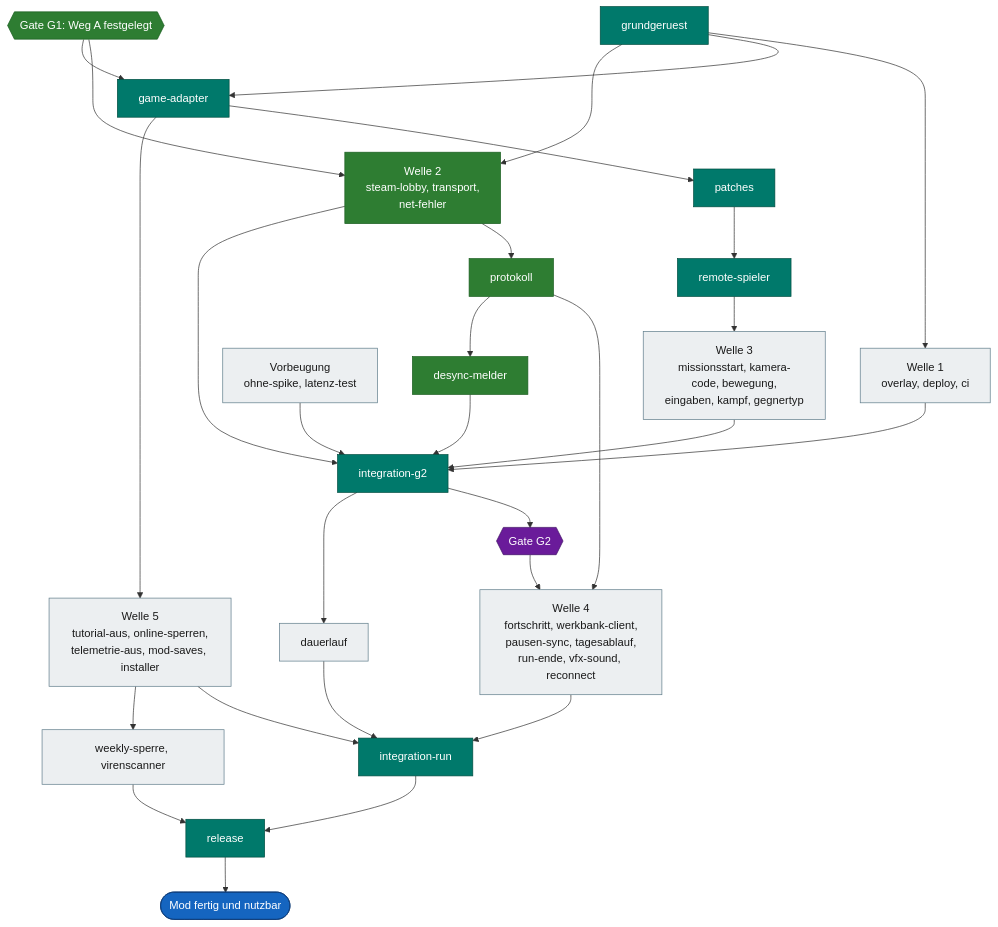
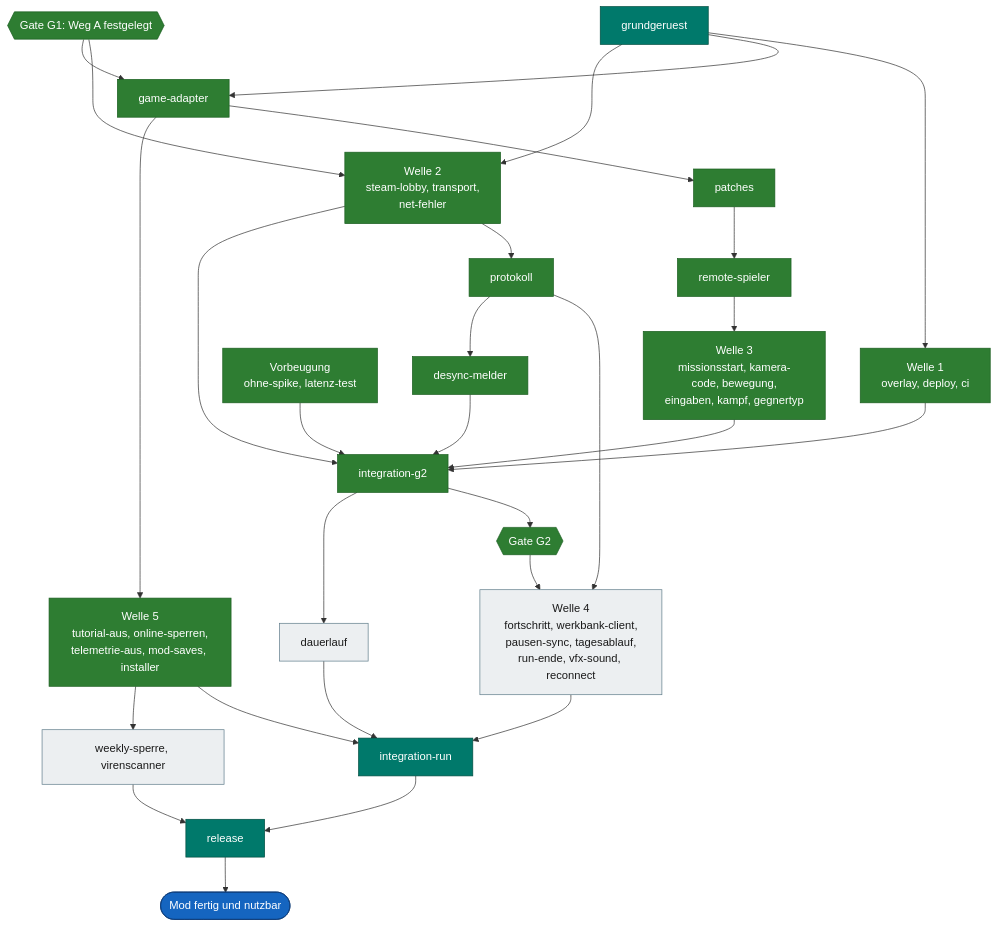
One commit to VitaminStack/Deadly-Days-Roadtrip-Multiplayer-Mod changed the fourth of 4 diagrams in docs/ROADMAP.md. Above: the diagram before and after it, drawn with Mermaid. The commit also changed other lines of this file and 2 other files, not shown here.

First line of the commit message:
doku-projektstatus: README und Roadmap nach Gate G2 aktualisiert (#181)

````diff
--- a/docs/ROADMAP.md
+++ b/docs/ROADMAP.md
@@ -327,32 +327,32 @@
 ```mermaid
 flowchart TD
-    GR["grundgeruest"]:::central --> W1["Welle 1<br/>overlay, deploy, ci"]:::open
-    GR --> GA["game-adapter"]:::central
+    GR["grundgeruest"]:::central --> W1["Welle 1<br/>overlay, deploy, ci"]:::done
+    GR --> GA["game-adapter"]:::done
     G1{{"Gate G1: Weg A festgelegt"}}:::done --> W2["Welle 2<br/>steam-lobby, transport,<br/>net-fehler"]:::done
     GR --> W2
     G1 --> GA
-    GA --> PT["patches"]:::central --> RS["remote-spieler"]:::central
-    GA --> W5["Welle 5<br/>tutorial-aus, online-sperren,<br/>telemetrie-aus, mod-saves, installer"]:::open
-    RS --> W3["Welle 3<br/>missionsstart, kamera-code, bewegung,<br/>eingaben, kampf, gegnertyp"]:::open
-    W1 --> IG["integration-g2"]:::central
+    GA --> PT["patches"]:::done --> RS["remote-spieler"]:::done
+    GA --> W5["Welle 5<br/>tutorial-aus, online-sperren,<br/>telemetrie-aus, mod-saves, installer"]:::done
+    RS --> W3["Welle 3<br/>missionsstart, kamera-code, bewegung,<br/>eingaben, kampf, gegnertyp"]:::done
+    W1 --> IG["integration-g2"]:::done
     W2 --> PR["protokoll"]:::done
     W2 --> IG
     W3 --> IG
-    IG --> G2{{"Gate G2"}}:::gate
+    IG --> G2{{"Gate G2"}}:::done
     PR --> W4["Welle 4<br/>fortschritt, werkbank-client,<br/>pausen-sync, tagesablauf,<br/>run-ende, vfx-sound, reconnect"]:::open
     G2 --> W4
     W4 --> IR["integration-run"]:::central
     W5 --> IR
-    RV["Vorbeugung<br/>ohne-spike, latenz-test"]:::open --> IG
+    RV["Vorbeugung<br/>ohne-spike, latenz-test"]:::done --> IG
     PR --> DS["desync-melder"]:::done --> IG
     IG --> DL["dauerlauf"]:::open --> IR
     W5 --> W6["weekly-sperre, virenscanner"]:::open --> RL
     IR --> RL["release"]:::central
     RL --> Z(["Mod fertig und nutzbar"]):::goal
 
     classDef done fill:#2e7d32,stroke:#1b5e20,color:#ffffff
     classDef central fill:#00796b,stroke:#004d40,color:#ffffff
     classDef open fill:#eceff1,stroke:#607d8b,color:#1a1a1a
     classDef gate fill:#6a1b9a,stroke:#3e1163,color:#ffffff
     classDef goal fill:#1565c0,stroke:#0d3c78,color:#ffffff
 ```
````
